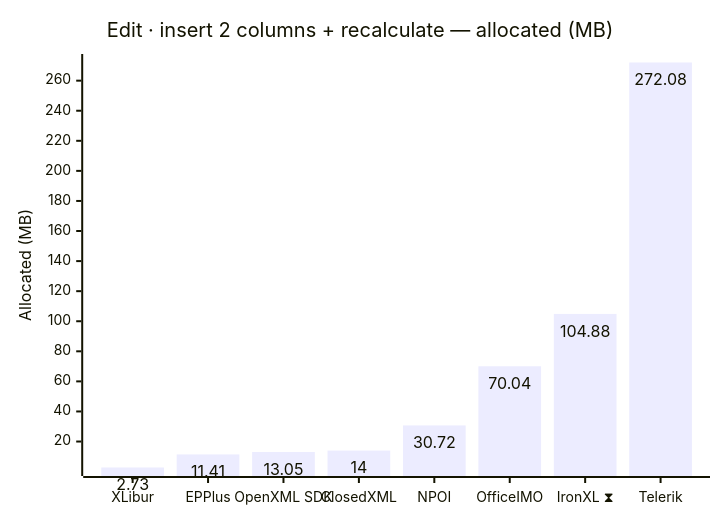
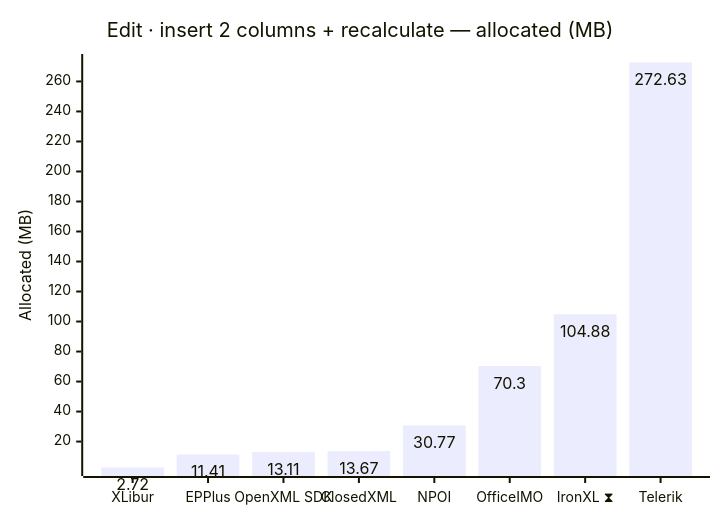
One commit to jafin/XLBench changed diagram 14 of 18 in docs/results.md. Above: the diagram before and after it, drawn with Mermaid. The commit also changed other lines of this file and 2 other files, not shown here.

````diff
--- a/docs/results.md
+++ b/docs/results.md
@@ -185,12 +211,12 @@
 ```mermaid
 ---
 config:
   xyChart:
     showDataLabel: true
 ---
 xychart-beta
     title "Edit · insert 2 columns + recalculate — allocated (MB)"
     x-axis ["XLibur", "EPPlus", "OpenXML SDK", "ClosedXML", "NPOI", "OfficeIMO", "IronXL ⧗", "Telerik"]
     y-axis "Allocated (MB)"
-    bar [2.73, 11.41, 13.05, 14, 30.72, 70.04, 104.88, 272.08]
+    bar [2.72, 11.41, 13.11, 13.67, 30.77, 70.3, 104.88, 272.63]
 ```
````
